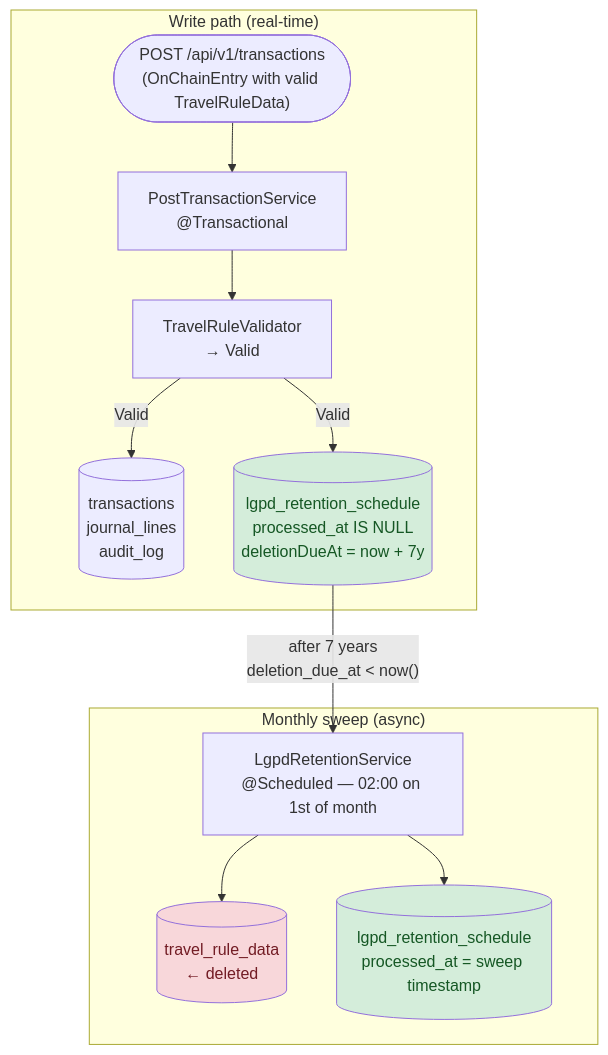
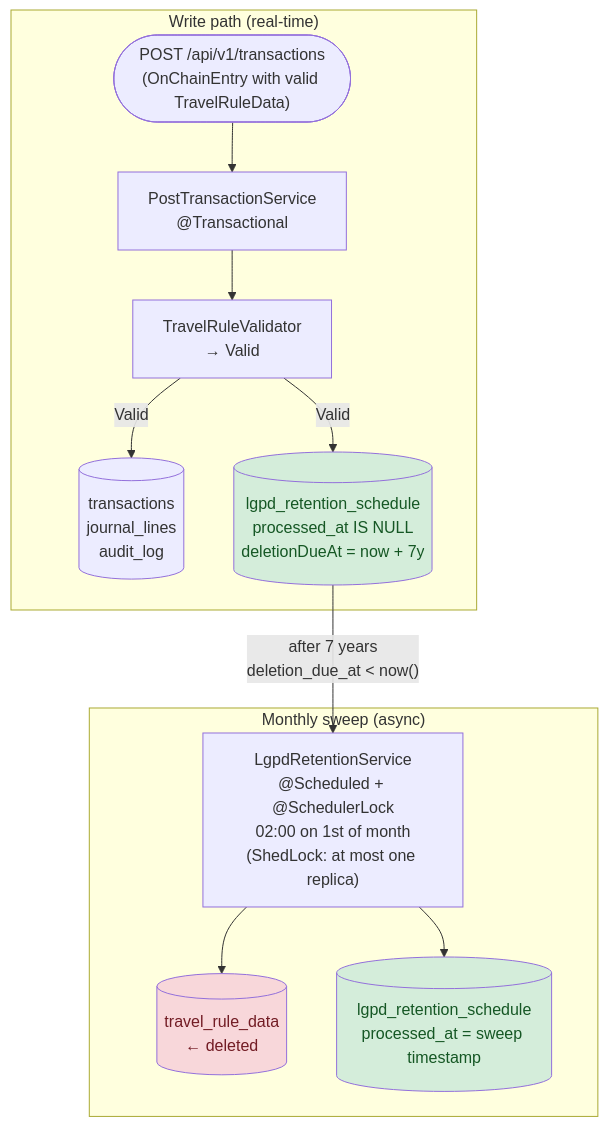
Before and after one commit to idem-finance/idem: the eighth of 8 diagrams in docs/lgpd-retention.md, drawn with Mermaid. The commit also changed other lines of this file, not shown here.

First line of the commit message:
docs: update LGPD retention doc — ShedLock implemented, RLS per-entry

````diff
--- a/docs/lgpd-retention.md
+++ b/docs/lgpd-retention.md
@@ -339,29 +364,29 @@
 ```mermaid
 flowchart TD
     subgraph "Write path (real-time)"
         API(["POST /api/v1/transactions\n(OnChainEntry with valid TravelRuleData)"])
         SVC["PostTransactionService\n@Transactional"]
         TV["TravelRuleValidator\n→ Valid"]
         TXDB[("transactions\njournal_lines\naudit_log")]
         SCHED[("lgpd_retention_schedule\nprocessed_at IS NULL\ndeletionDueAt = now + 7y")]
     end
 
     subgraph "Monthly sweep (async)"
-        CRON["LgpdRetentionService\n@Scheduled — 02:00 on 1st of month"]
+        CRON["LgpdRetentionService\n@Scheduled + @SchedulerLock\n02:00 on 1st of month\n(ShedLock: at most one replica)"]
         TRDB[("travel_rule_data\n← deleted")]
         MARK[("lgpd_retention_schedule\nprocessed_at = sweep timestamp")]
     end
 
     API --> SVC
     SVC --> TV
     TV -->|"Valid"| TXDB
     TV -->|"Valid"| SCHED
 
     SCHED -->|"after 7 years\ndeletion_due_at < now()"| CRON
     CRON --> TRDB
     CRON --> MARK
 
     style SCHED fill:#d4edda,color:#155724
     style TRDB  fill:#f8d7da,color:#721c24
     style MARK  fill:#d4edda,color:#155724
 ```
````
